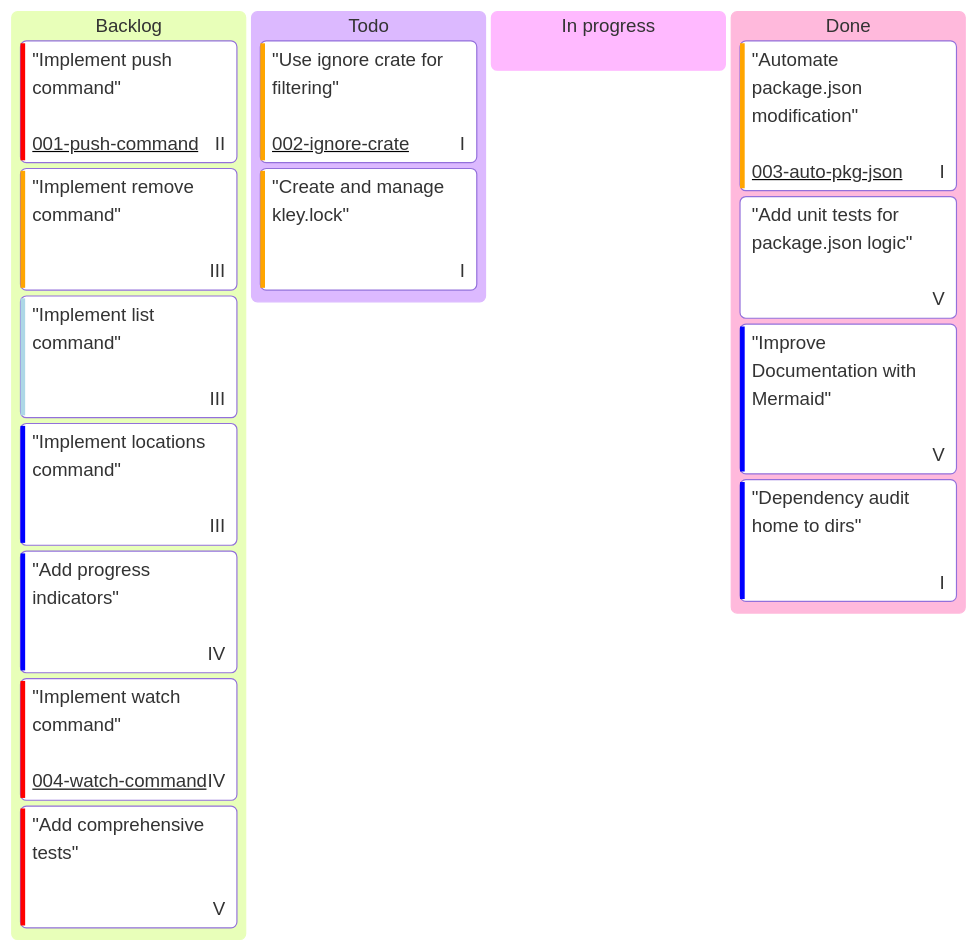
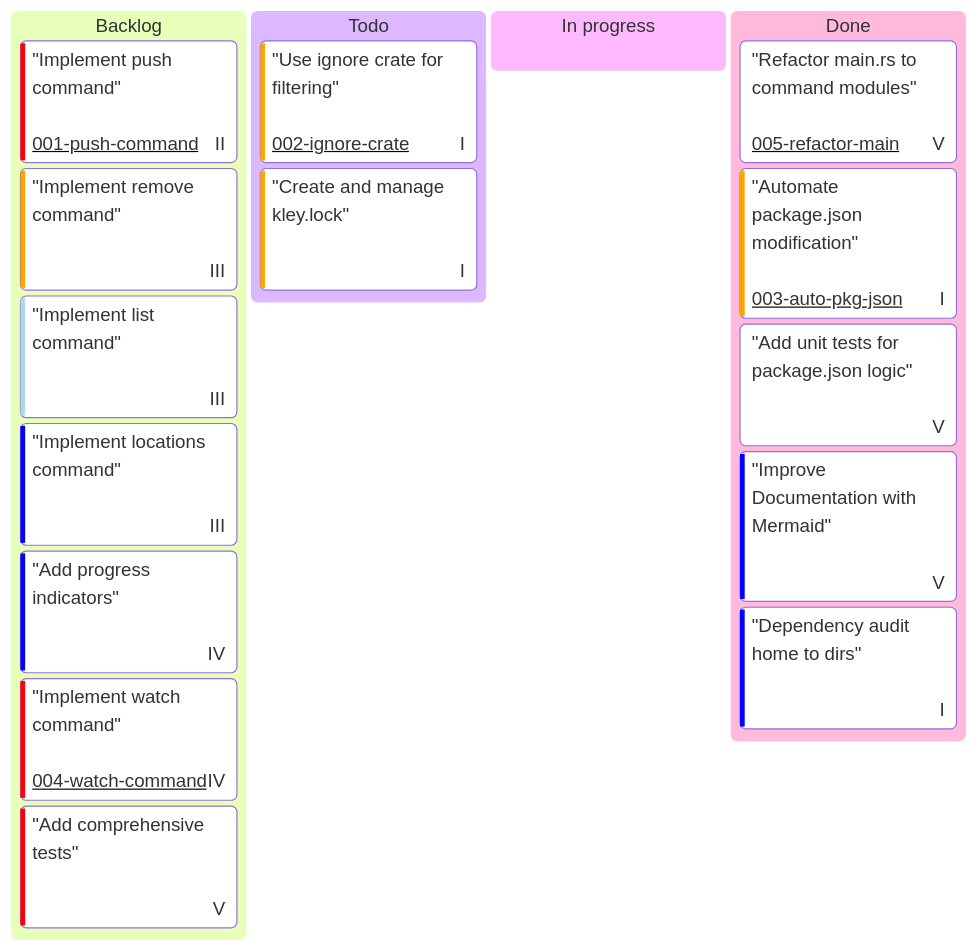
One commit to sumbad/kley changed the diagram in docs/KANBAN.md. Above: the diagram before and after it, drawn with Mermaid. The commit also changed 5 other files, not shown here.

````diff
--- a/docs/KANBAN.md
+++ b/docs/KANBAN.md
@@ -21,34 +21,35 @@
 ```mermaid
 ---
 config:
   kanban:
     ticketBaseUrl: 'https://github.com/sumbad/kley/tree/master/docs/tickets/#TICKET#.md'
     
     ### Legend
     # assigned - used for epics, has an epic name (epics/#EPIC#.md)
     # priority - used for complexity
     # ticket - used for a ticket file name (tickets/#TICKET#.md)
 ---
 
 kanban
     Backlog
         "Implement push command"<br/><br/>@{ assigned: II, priority: 'Very High', ticket: '001-push-command' }
         "Implement remove command"<br/><br/>@{ assigned: III, priority: 'High' }
         "Implement list command"<br/><br/>@{ assigned: III, priority: 'Very Low' }
         "Implement locations command"<br/><br/>@{ assigned: III, priority: 'Low' }
         "Add progress indicators"<br/><br/>@{ assigned: IV, priority: 'Low' }
         "Implement watch command"<br/><br/>@{ assigned: IV, priority: 'Very High', ticket: '004-watch-command' }
         "Add comprehensive tests"<br/><br/>@{ assigned: V, priority: 'Very High' }
 
     Todo
         "Use ignore crate for filtering"<br/><br/>@{ assigned: I, priority: 'High', ticket: '002-ignore-crate' }
         "Create and manage kley.lock"<br/><br/>@{ assigned: I, priority: 'High' }
 
     [In progress]
 
     Done
+        "Refactor main.rs to command modules"<br/><br/>@{ assigned: V, priority: 'Medium', ticket: '005-refactor-main' }
         "Automate package.json modification"<br/><br/>@{ assigned: I, priority: 'High', ticket: '003-auto-pkg-json' }
         "Add unit tests for package.json logic"<br/><br/>@{ assigned: V, priority: 'Medium' }
         "Improve Documentation with Mermaid"<br/><br/>@{ assigned: V, priority: 'Low' }
         "Dependency audit home to dirs"<br/><br/>@{ assigned: I, priority: 'Low' }
 ```
````
